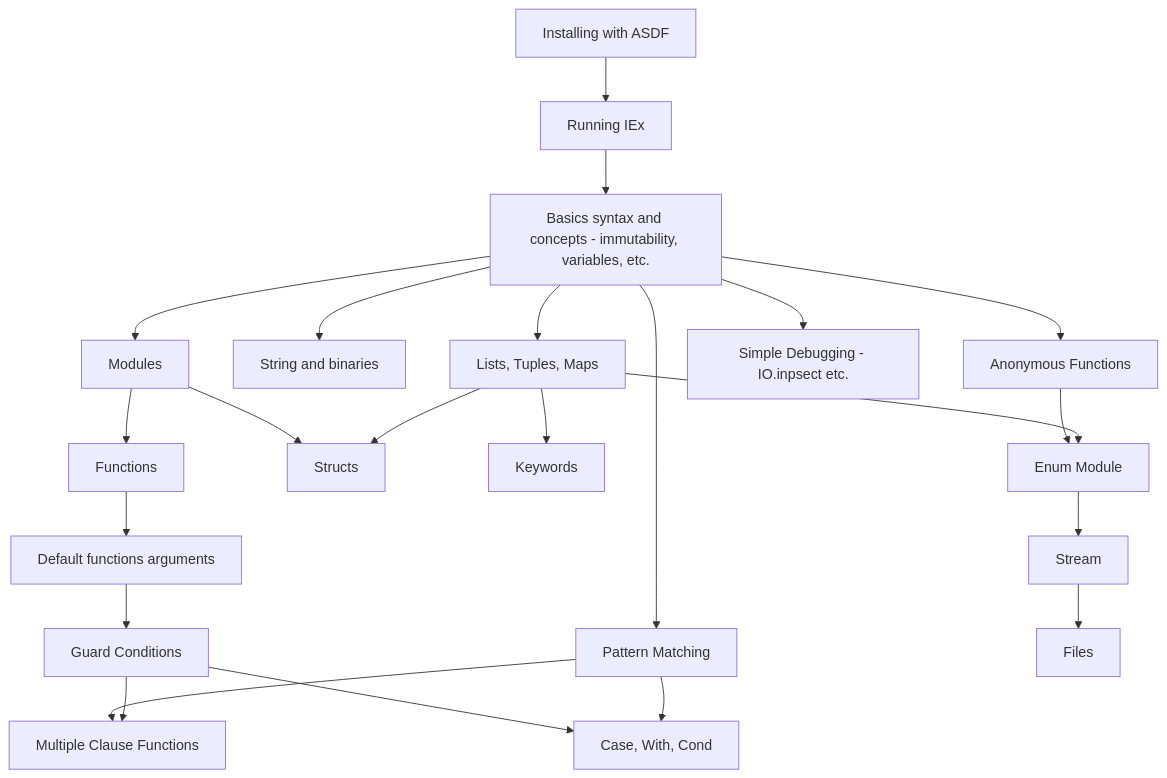
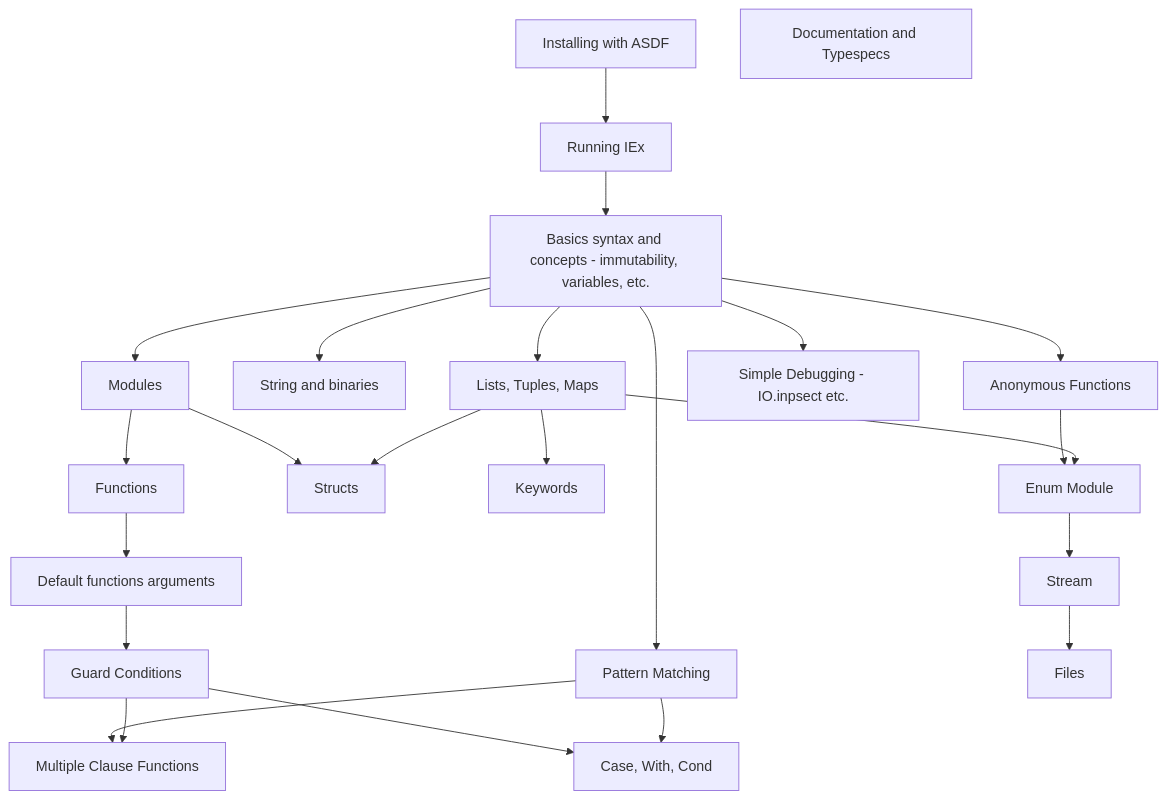
One commit to WTTJ/elixir-backend-learning-path changed the first of 3 diagrams in README.md. Above: the diagram before and after it, drawn with Mermaid. The commit also changed other lines of this file, not shown here.

````diff
--- a/README.md
+++ b/README.md
@@ -89,25 +92,26 @@
 ```mermaid
 graph TD
 Install[Installing with ASDF] --> Running[Running IEx]
 Running --> Basics[Basics syntax and concepts - immutability, variables, etc.]
 Basics --> Modules[Modules]
 Basics --> Strings[String and binaries]
 Basics -->AnonymousFunctions[Anonymous Functions]
 Basics --> PatternMatching[Pattern Matching]
 Basics --> ListTuplesMaps[Lists, Tuples, Maps]
 Basics --> SimpleDebugging[Simple Debugging - IO.inpsect etc.]
 Modules --> Functions[Functions]
 Functions --> DefaultArg[Default functions arguments]
 DefaultArg --> Guards[Guard Conditions]
 Guards --> MultipleClauseFn[Multiple Clause Functions]
 PatternMatching --> MultipleClauseFn
 PatternMatching --> CaseWithCond[Case, With, Cond]
 Guards --> CaseWithCond
 ListTuplesMaps --> Structs
 Modules --> Structs
 ListTuplesMaps --> Keywords[Keywords]
 ListTuplesMaps --> EnumModule[Enum Module]
 AnonymousFunctions --> EnumModule
 EnumModule --> Stream[Stream]
 Stream --> Files[Files]
+Doc[Documentation and Typespecs]
 ```
````
